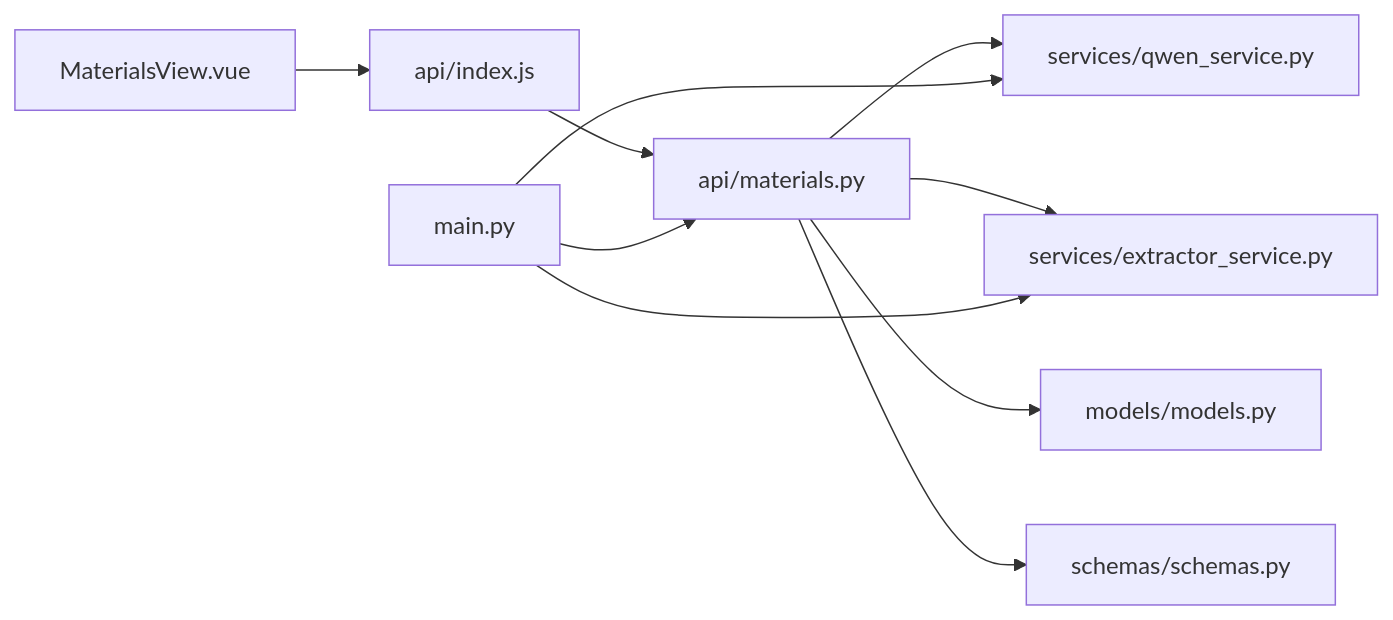
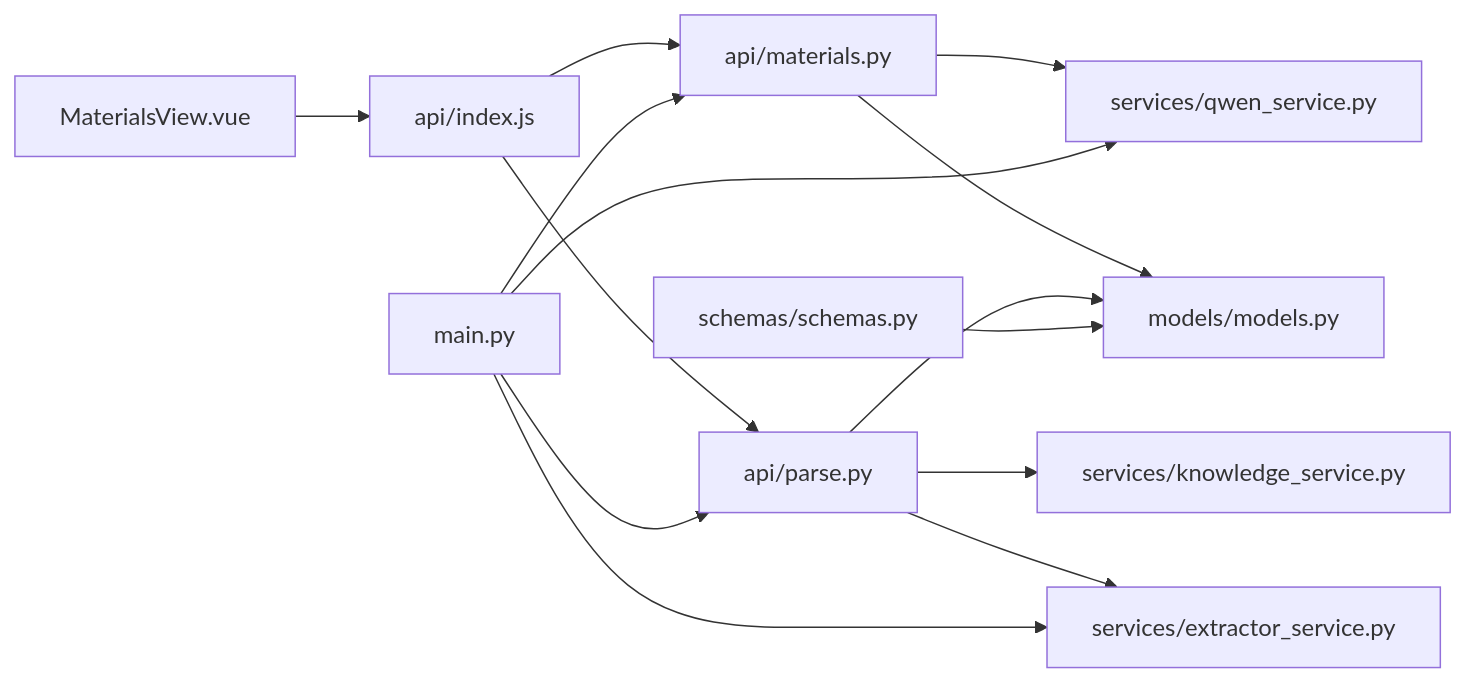
One commit to zhiwenli-jack/personal-learning-manager changed the sixth of 6 diagrams in .qoder/repowiki/zh/content/前端应用架构/视图组件/资料管理组件.md. Above: the diagram before and after it, drawn with Mermaid. The commit also changed other lines of this file and 15 other files, not shown here.

````diff
--- a/.qoder/repowiki/zh/content/前端应用架构/视图组件/资料管理组件.md
+++ b/.qoder/repowiki/zh/content/前端应用架构/视图组件/资料管理组件.md
@@ -281,12 +366,16 @@
 ```mermaid
 graph LR
 MV["MaterialsView.vue"] --> API["api/index.js"]
 API --> MAT_API["api/materials.py"]
+API --> PARSE_API["api/parse.py"]
 MAT_API --> QWEN["services/qwen_service.py"]
-MAT_API --> EXTRACT["services/extractor_service.py"]
+PARSE_API --> KNOWLEDGE["services/knowledge_service.py"]
+PARSE_API --> EXTRACT["services/extractor_service.py"]
 MAT_API --> MODELS["models/models.py"]
-MAT_API --> SCHEMAS["schemas/schemas.py"]
+PARSE_API --> MODELS
+SCHEMAS["schemas/schemas.py"] --> MODELS
 MAIN["main.py"] --> MAT_API
+MAIN --> PARSE_API
 MAIN --> EXTRACT
 MAIN --> QWEN
 ```
````
